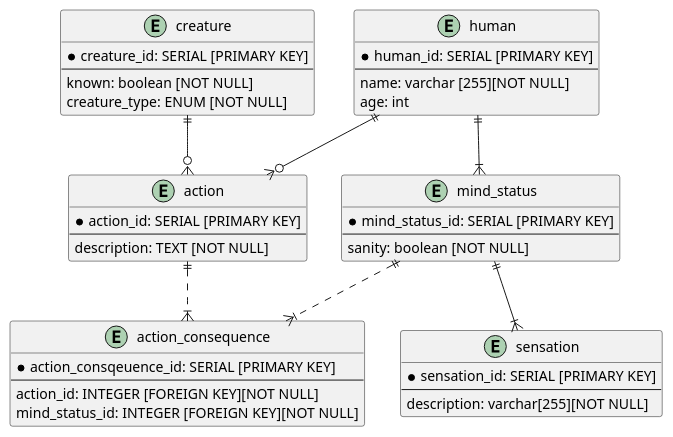
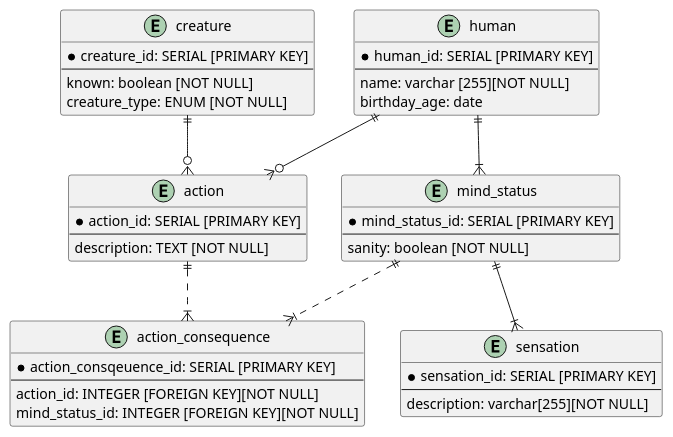
One commit to fefumo/itmo changed the diagram in DB/lab1/DR.md. Above: the diagram before and after it, drawn with PlantUML. The commit also changed 5 other files, not shown here.

````diff
--- a/DB/lab1/DR.md
+++ b/DB/lab1/DR.md
@@ -3,48 +3,48 @@
 ```plantuml
 @startuml
 
 entity "human" as human{
     *human_id: SERIAL [PRIMARY KEY]
     --
     name: varchar [255][NOT NULL]
-    age: int
+    birthday_age: date
 }
 entity "action" as action{
     * action_id: SERIAL [PRIMARY KEY]
     --
     description: TEXT [NOT NULL]
 }
 entity "mind_status" as mind_status{
     *mind_status_id: SERIAL [PRIMARY KEY]
     --
     sanity: boolean [NOT NULL]
 }
 entity "creature" as creature{
     *creature_id: SERIAL [PRIMARY KEY]
     --
     known: boolean [NOT NULL]
     creature_type: ENUM [NOT NULL]
 }
 entity "sensation" as sensation{
     *sensation_id: SERIAL [PRIMARY KEY]
     --
     description: varchar[255][NOT NULL]
 }
 entity "action_consequence" as action_consequence{
     * action_consqeuence_id: SERIAL [PRIMARY KEY]
     --
     action_id: INTEGER [FOREIGN KEY][NOT NULL]
     mind_status_id: INTEGER [FOREIGN KEY][NOT NULL]
 }
 
 
 mind_status ||--|{ sensation
  human ||--o{ action
 creature ||--o{ action
 
 human ||--|{ mind_status
 
 mind_status ||..|{ action_consequence
 action ||..|{ action_consequence
 @enduml
 ```
````
